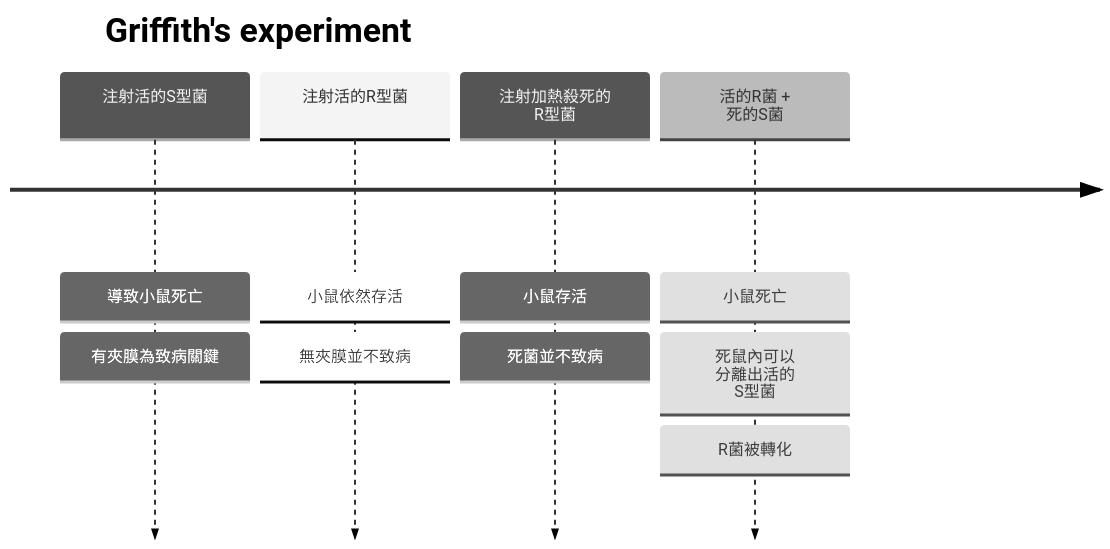
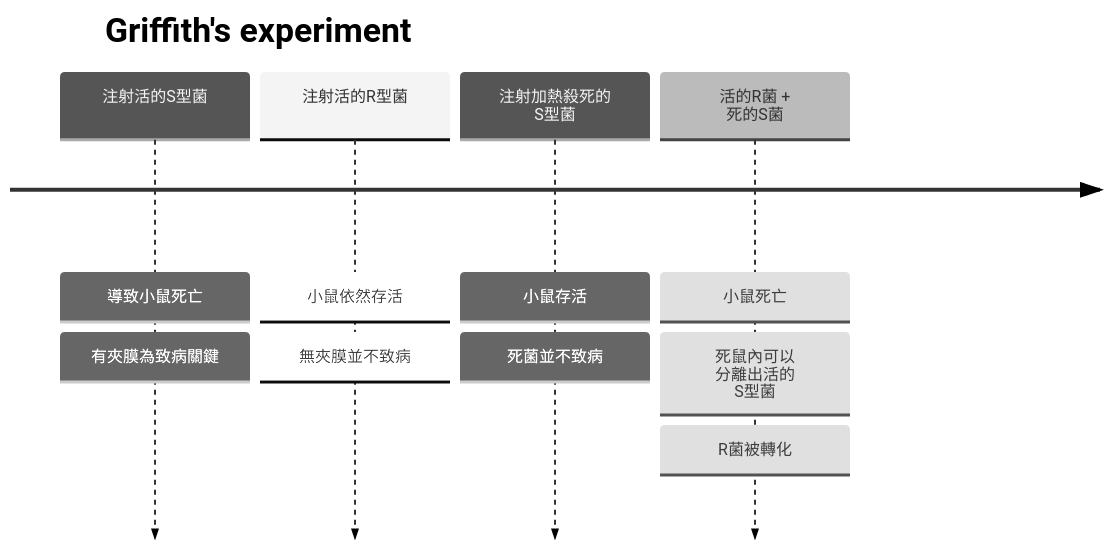
One commit to Jacklyn301/molecular_bio_note changed the first of 11 diagrams in molecular_bio_1st_exam-1.md. Above: the diagram before and after it, drawn with Mermaid (neutral theme). The commit also changed other lines of this file and 1 other file, not shown here.

````diff
--- a/molecular_bio_1st_exam-1.md
+++ b/molecular_bio_1st_exam-1.md
@@ -61,9 +61,9 @@
 ```mermaid
 timeline
 
 title Griffith's experiment
   注射活的S型菌: 導致小鼠死亡: 有夾膜為致病關鍵
   注射活的R型菌: 小鼠依然存活: 無夾膜並不致病
-  注射加熱殺死的<br>R型菌: 小鼠存活: 死菌並不致病
+  注射加熱殺死的<br>S型菌: 小鼠存活: 死菌並不致病
   活的R菌 +<br>死的S菌: 小鼠死亡: 死鼠內可以<br>分離出活的<br>S型菌: R菌被轉化
 ```
````
